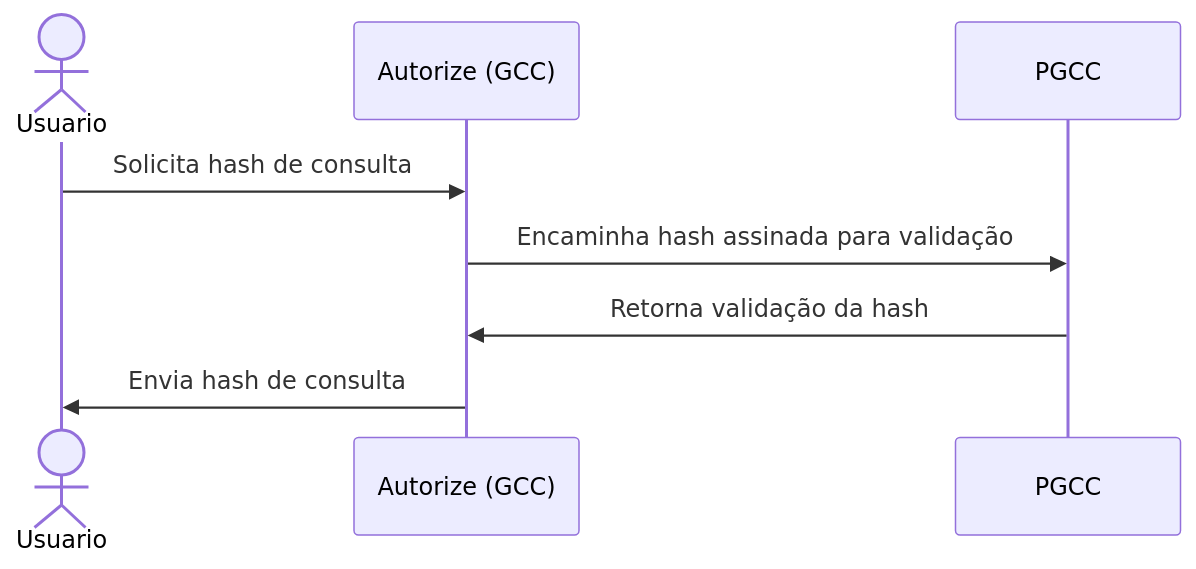
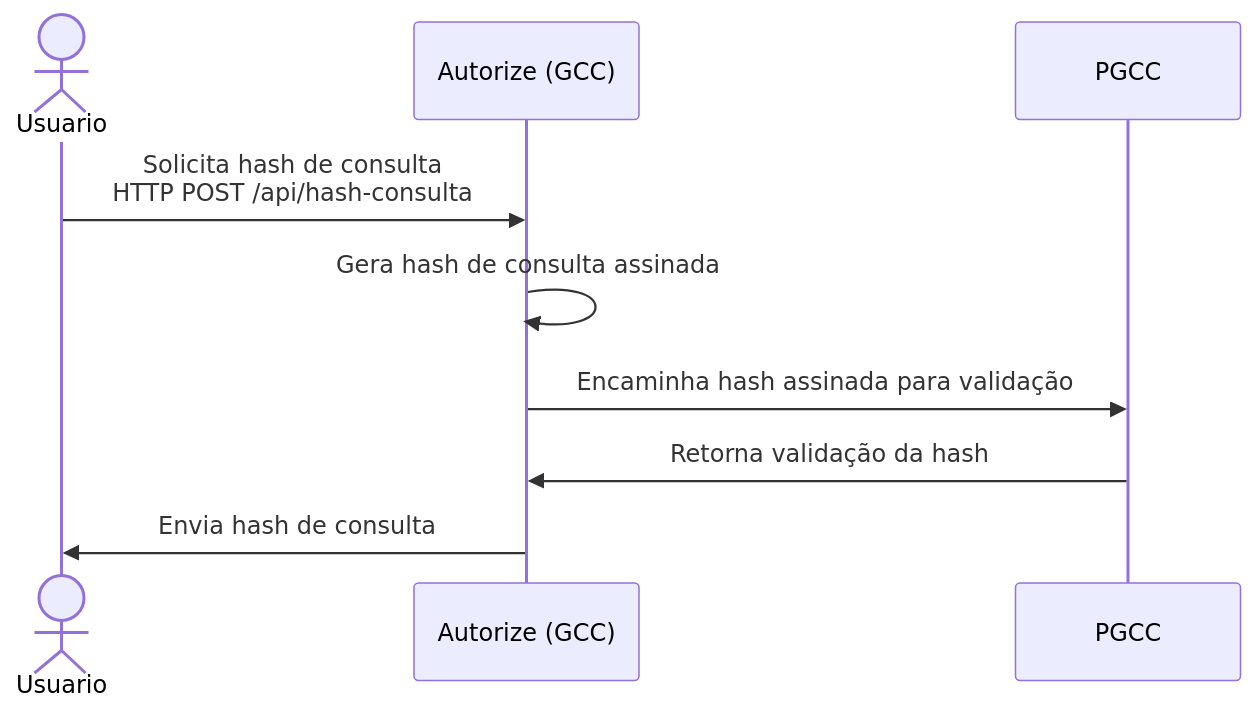
Before and after one commit to IndigoHive/autorize-gcc-docs: the fifth of 6 diagrams in guias/fluxo-da-informacao.mdx, drawn with Mermaid. The commit also changed other lines of this file and 1 other file, not shown here.

Commit message:
Revise homepage content: update title and description, enhance layout with new sections, and improve navigation to API reference and guides.

````diff
--- a/guias/fluxo-da-informacao.mdx
+++ b/guias/fluxo-da-informacao.mdx
@@ -84,11 +89,12 @@
       ```mermaid
       sequenceDiagram
           actor Usuario
           participant GCC as Autorize (GCC)
           participant PGCC as PGCC
 
-          Usuario->>GCC: Solicita hash de consulta
+          Usuario->>GCC: Solicita hash de consulta<br>HTTP POST /api/hash-consulta
+          GCC->>GCC: Gera hash de consulta assinada
           GCC->>PGCC: Encaminha hash assinada para validação
           PGCC->>GCC: Retorna validação da hash
           GCC->>Usuario: Envia hash de consulta
       ```
````
